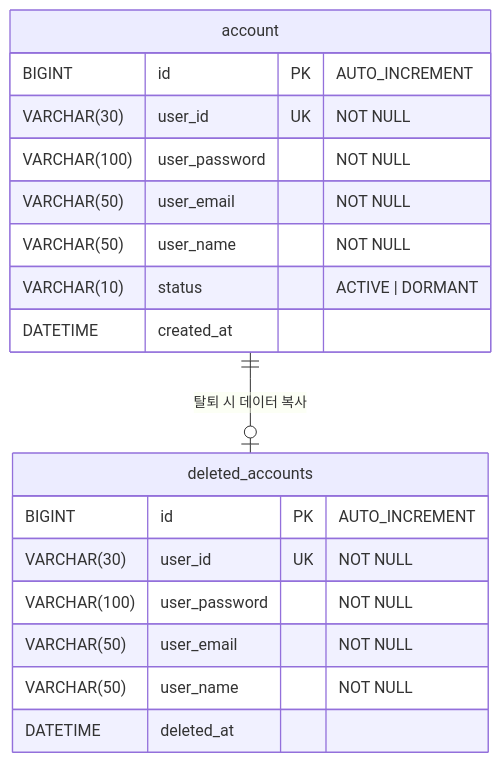
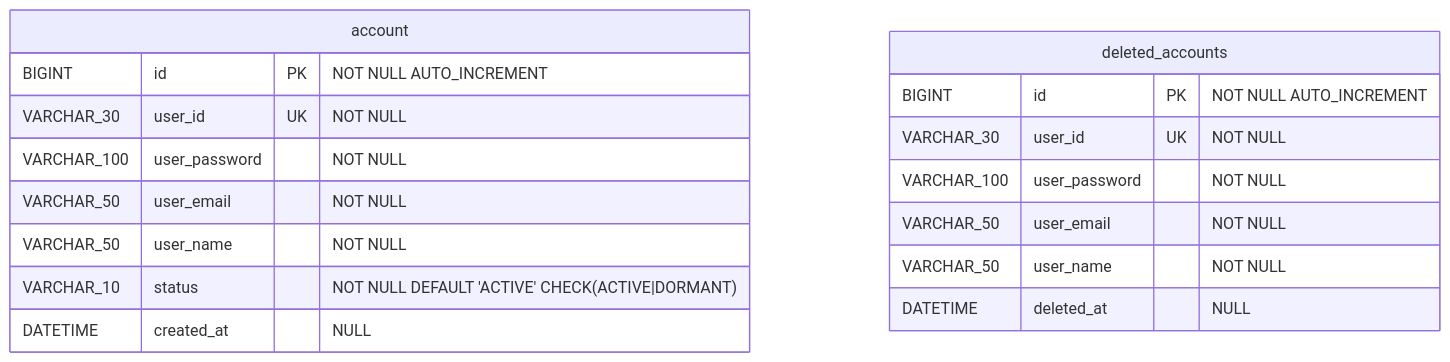
One commit to AIOT3-miniDooray-team11/miniDooray-AccountAPI changed the first of 3 diagrams in ERD.md. Above: the diagram before and after it, drawn with Mermaid. The commit also changed other lines of this file and 1 other file, not shown here.

Commit message:
erd 보강

````diff
--- a/ERD.md
+++ b/ERD.md
@@ -5,23 +5,21 @@
 ```mermaid
 erDiagram
     account {
-        BIGINT      id           PK  "AUTO_INCREMENT"
-        VARCHAR(30) user_id      UK  "NOT NULL"
-        VARCHAR(100) user_password   "NOT NULL"
-        VARCHAR(50) user_email       "NOT NULL"
-        VARCHAR(50) user_name        "NOT NULL"
-        VARCHAR(10) status           "ACTIVE | DORMANT"
-        DATETIME    created_at
+        BIGINT      id            PK  "NOT NULL AUTO_INCREMENT"
+        VARCHAR_30  user_id       UK  "NOT NULL"
+        VARCHAR_100 user_password     "NOT NULL"
+        VARCHAR_50  user_email        "NOT NULL"
+        VARCHAR_50  user_name         "NOT NULL"
+        VARCHAR_10  status            "NOT NULL DEFAULT 'ACTIVE' CHECK(ACTIVE|DORMANT)"
+        DATETIME    created_at        "NULL"
     }
 
     deleted_accounts {
-        BIGINT      id           PK  "AUTO_INCREMENT"
-        VARCHAR(30) user_id      UK  "NOT NULL"
-        VARCHAR(100) user_password   "NOT NULL"
-        VARCHAR(50) user_email       "NOT NULL"
-        VARCHAR(50) user_name        "NOT NULL"
-        DATETIME    deleted_at
+        BIGINT      id            PK  "NOT NULL AUTO_INCREMENT"
+        VARCHAR_30  user_id       UK  "NOT NULL"
+        VARCHAR_100 user_password     "NOT NULL"
+        VARCHAR_50  user_email        "NOT NULL"
+        VARCHAR_50  user_name         "NOT NULL"
+        DATETIME    deleted_at        "NULL"
     }
-
-    account ||--o| deleted_accounts : "탈퇴 시 데이터 복사"
 ```
````
